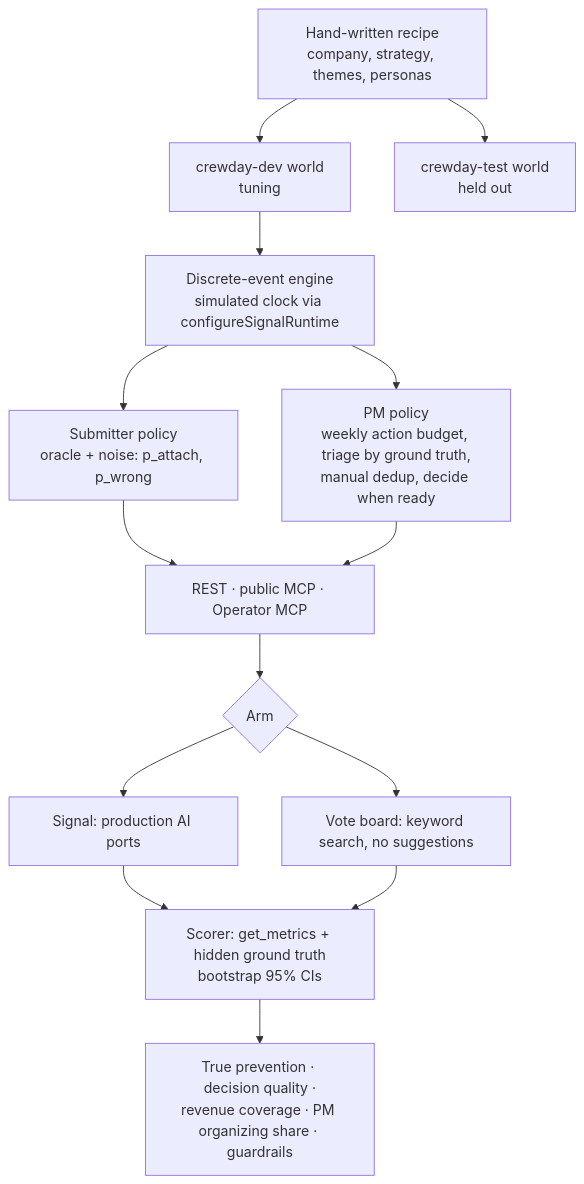
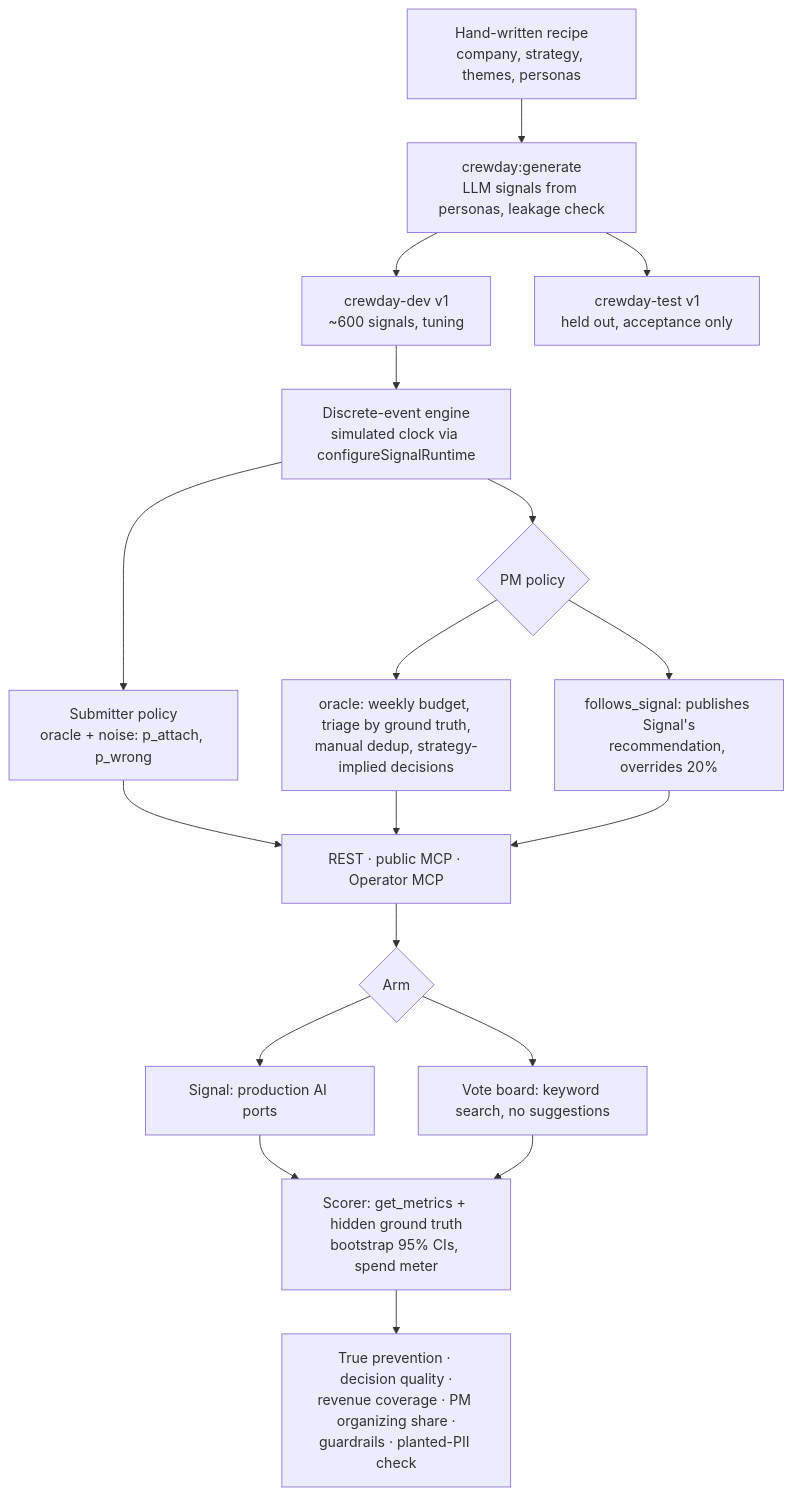
The sixth of 6 diagrams in docs/harness/evals.md (gaboesquivel/flow-signal), drawn with Mermaid before and after one commit. The commit also changed other lines of this file and 7 other files, not shown here.

First line of the commit message:
docs(harness): refresh diagrams for specs 006, 007, and 010 (#12)

````diff
--- a/docs/harness/evals.md
+++ b/docs/harness/evals.md
@@ -76,14 +89,17 @@
 ```mermaid
 flowchart TD
-  REC[Hand-written recipe<br/>company, strategy, themes, personas] --> W1[crewday-dev world<br/>tuning]
-  REC --> W2[crewday-test world<br/>held out]
+  REC[Hand-written recipe<br/>company, strategy, themes, personas] --> GENW[crewday:generate<br/>LLM signals from personas, leakage check]
+  GENW --> W1[crewday-dev v1<br/>~600 signals, tuning]
+  GENW --> W2[crewday-test v1<br/>held out, acceptance only]
   W1 --> ENG[Discrete-event engine<br/>simulated clock via configureSignalRuntime]
   ENG --> SUBP[Submitter policy<br/>oracle + noise: p_attach, p_wrong]
-  ENG --> PMP[PM policy<br/>weekly action budget, triage by ground truth,<br/>manual dedup, decide when ready]
-  SUBP & PMP --> SURF[REST · public MCP · Operator MCP]
+  ENG --> PMP{PM policy}
+  PMP --> OR[oracle: weekly budget, triage by ground truth,<br/>manual dedup, strategy-implied decisions]
+  PMP --> FS[follows_signal: publishes Signal's<br/>recommendation, overrides 20%]
+  SUBP & OR & FS --> SURF[REST · public MCP · Operator MCP]
   SURF --> ARMS{Arm}
   ARMS --> SA[Signal: production AI ports]
   ARMS --> BA[Vote board: keyword search, no suggestions]
-  SA & BA --> SCORE[Scorer: get_metrics + hidden ground truth<br/>bootstrap 95% CIs]
-  SCORE --> RPT[True prevention · decision quality ·<br/>revenue coverage · PM organizing share · guardrails]
+  SA & BA --> SCORE[Scorer: get_metrics + hidden ground truth<br/>bootstrap 95% CIs, spend meter]
+  SCORE --> RPT[True prevention · decision quality ·<br/>revenue coverage · PM organizing share ·<br/>guardrails · planted-PII check]
 ```
````
